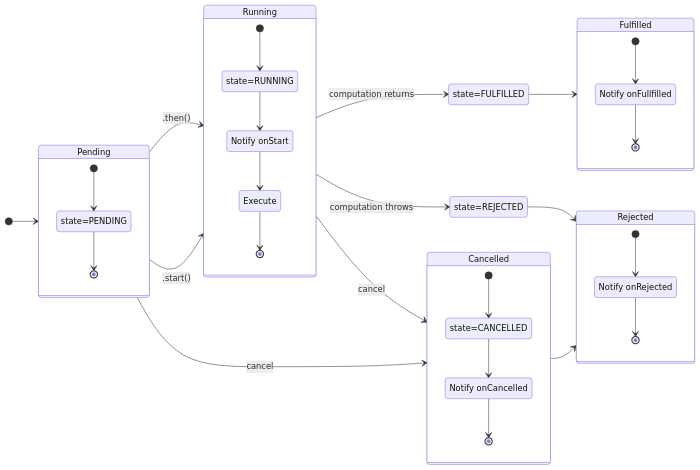
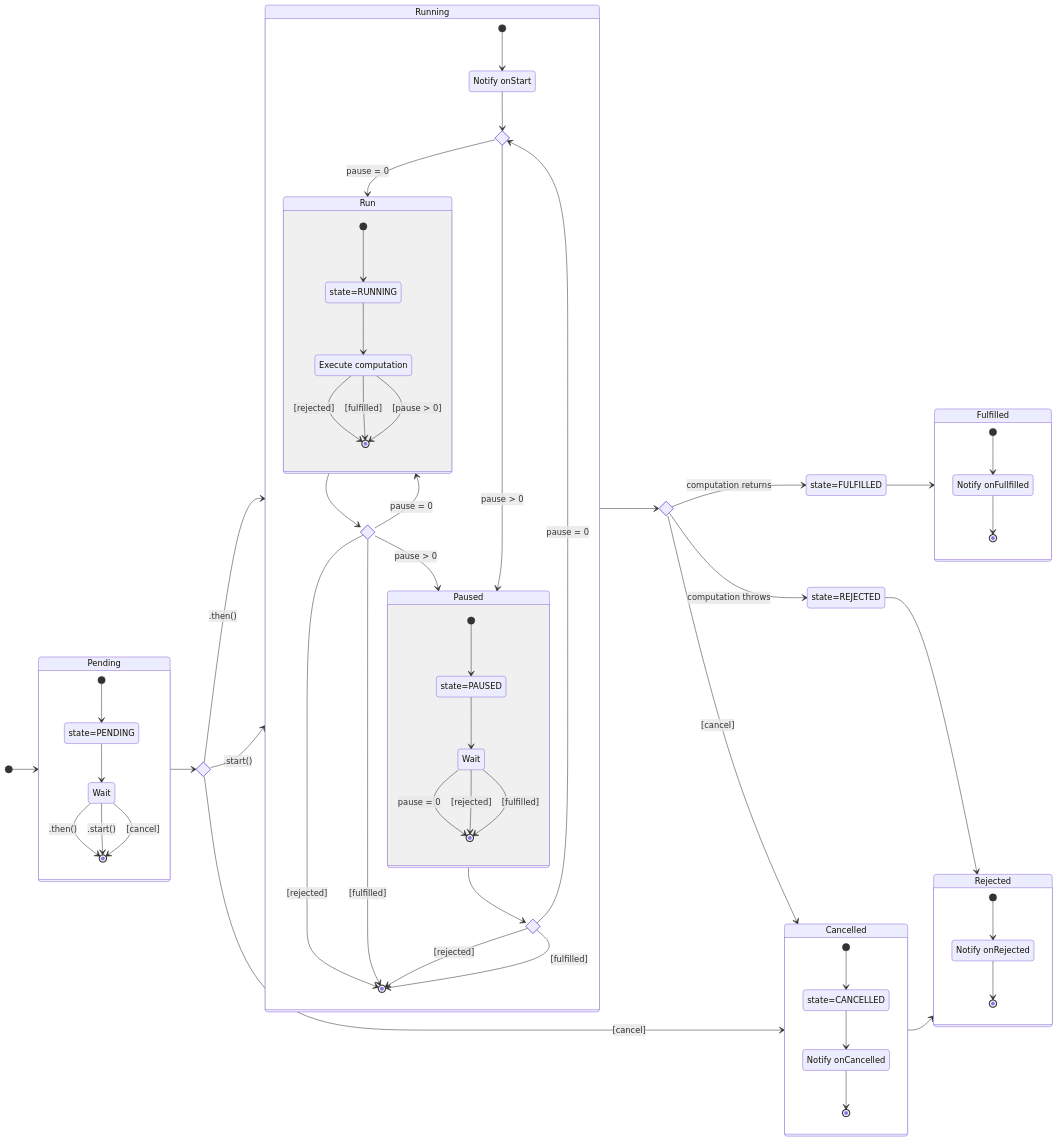
Before and after one commit to BobKerns/better-future: the diagram in src/assets/basic-states.mmd, drawn with Mermaid. The commit also changed 1 other file, not shown here.

Commit message:
Diagram additions and canges.

```diff
--- a/src/assets/basic-states.mmd
+++ b/src/assets/basic-states.mmd
@@ -1,45 +1,87 @@
 stateDiagram-v2
     direction LR
 
+    state if_start <<choice>>
+    state if_resolved <<choice>>
+
     [*] --> Pending
-    Pending --> Running : .then()
-    Pending --> Running : .start()
-    Running --> state=FULFILLED : computation returns
+    Pending --> if_start
+    if_start --> Running : .then()
+    if_start --> Running : .start()
+    if_start --> Cancelled : [cancel]
+
+    Running --> if_resolved
+    if_resolved --> state=FULFILLED : computation returns
+    if_resolved --> state=REJECTED : computation throws
+    if_resolved --> Cancelled : [cancel]
+
     state=FULFILLED --> Fulfilled
-    Running --> state=REJECTED : computation throws
     state=REJECTED --> Rejected
-    Pending --> Cancelled : cancel
-    Running --> Cancelled : cancel
+    
     Cancelled --> Rejected
 
     state Pending {
       [*] --> state=PENDING
-      state=PENDING --> [*]
+      state=PENDING --> Wait_pending
+      Wait_pending --> [*] : .then()
+      Wait_pending --> [*] : .start()
+      Wait_pending --> [*] : [cancel]
+      Wait_pending : Wait
     }
 
     state Running {
-      [*] --> state=RUNNING
-      state=RUNNING --> NotifyStarted
-      NotifyStarted --> Execute
-      Execute --> [*]
+      state if_pause <<choice>>
+      state if_more <<choice>>
+      state if_end <<choice>>
+
+      [*] --> NotifyStarted
+      NotifyStarted --> if_pause
+      if_pause --> Run : pause = 0
+      if_pause --> Paused : pause > 0
+      Run --> if_more
+      if_more --> Paused : pause > 0
+      if_more --> Run : pause = 0
+      if_more --> [*] : [rejected]
+      if_more --> [*] : [fulfilled]
+      Paused --> if_end
+      if_end --> [*] : [rejected]
+      if_end --> [*] : [fulfilled]
+      if_end --> if_pause : pause = 0
       NotifyStarted : Notify onStart
+
+      state Run {
+        [*] --> state=RUNNING
+        state=RUNNING --> Execute
+        Execute --> [*] : [rejected]
+        Execute --> [*] : [fulfilled]
+        Execute --> [*] : [pause > 0]
+        Execute : Execute computation
+      }
+
+      state Paused {
+        [*] --> state=PAUSED
+        state=PAUSED --> Wait
+        Wait --> [*] : pause = 0
+        Wait --> [*] : [rejected]
+        Wait --> [*] : [fulfilled]
+      }
     }
 
     state Fulfilled {
       [*] --> NotifyFulfilled
       NotifyFulfilled --> [*]
       NotifyFulfilled : Notify onFullfilled
     }
 
     state Rejected {
       [*] --> NotifyRejected
       NotifyRejected --> [*]
       NotifyRejected : Notify onRejected
     }
 
     state Cancelled {
       [*] --> state=CANCELLED
       state=CANCELLED --> NotifyCancelled
       NotifyCancelled --> [*]
       NotifyCancelled : Notify onCancelled
     }
```
